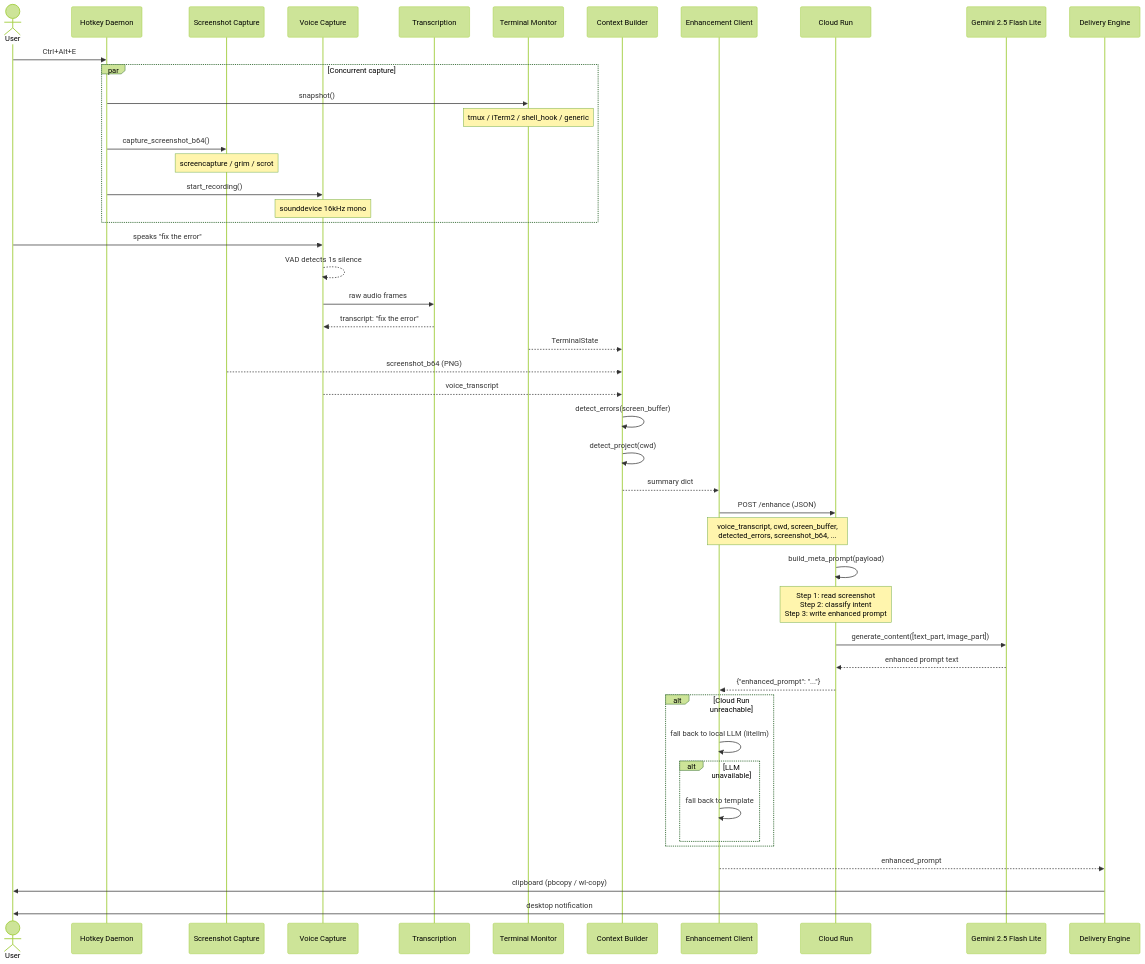
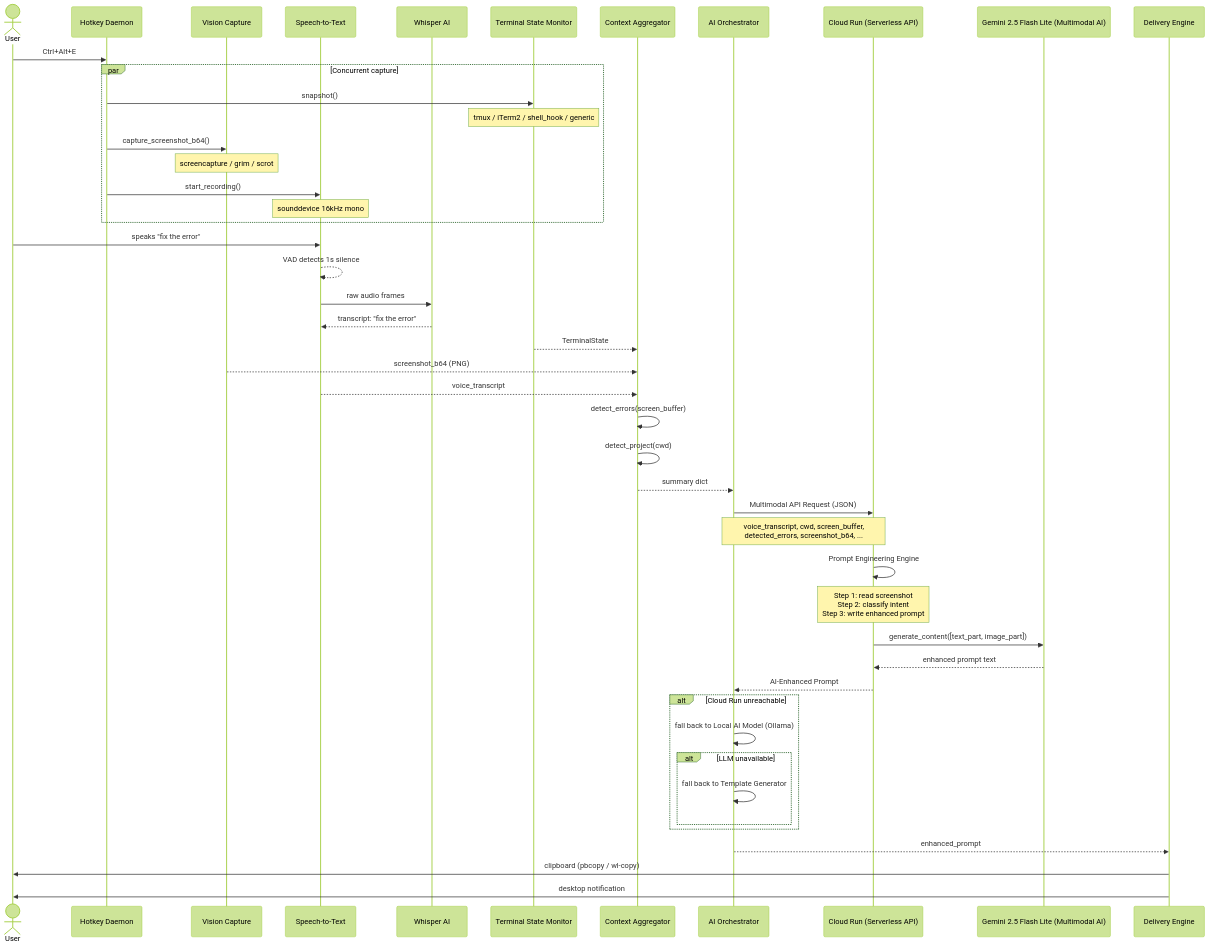
Before and after one commit to VinnyBabuManjaly/PromptShell: the second of 9 diagrams in docs/system_design.md, drawn with Mermaid (forest theme). The commit also changed other lines of this file and 5 other files, not shown here.

First line of the commit message:
Update documentation with enhanced architecture diagrams and improved terminology

````diff
--- a/docs/system_design.md
+++ b/docs/system_design.md
@@ -67,60 +67,60 @@
 ```mermaid
 sequenceDiagram
     actor User
     participant HK as Hotkey Daemon
-    participant SC as Screenshot Capture
-    participant VC as Voice Capture
-    participant TR as Transcription
-    participant TM as Terminal Monitor
-    participant CB as Context Builder
-    participant EC as Enhancement Client
-    participant CR as Cloud Run
-    participant GM as Gemini 2.5 Flash Lite
+    participant SC as Vision Capture
+    participant VC as Speech-to-Text
+    participant TR as Whisper AI
+    participant TM as Terminal State Monitor
+    participant CB as Context Aggregator
+    participant EC as AI Orchestrator
+    participant CR as Cloud Run (Serverless API)
+    participant GM as Gemini 2.5 Flash Lite (Multimodal AI)
     participant DL as Delivery Engine
 
     User->>HK: Ctrl+Alt+E
 
     par Concurrent capture
         HK->>TM: snapshot()
         Note over TM: tmux / iTerm2 / shell_hook / generic
         HK->>SC: capture_screenshot_b64()
         Note over SC: screencapture / grim / scrot
         HK->>VC: start_recording()
         Note over VC: sounddevice 16kHz mono
     end
 
     User->>VC: speaks "fix the error"
     VC-->>VC: VAD detects 1s silence
     VC->>TR: raw audio frames
     TR-->>VC: transcript: "fix the error"
 
     TM-->>CB: TerminalState
     SC-->>CB: screenshot_b64 (PNG)
     VC-->>CB: voice_transcript
 
     CB->>CB: detect_errors(screen_buffer)
     CB->>CB: detect_project(cwd)
     CB-->>EC: summary dict
 
-    EC->>CR: POST /enhance (JSON)
+    EC->>CR: Multimodal API Request (JSON)
     Note over EC,CR: voice_transcript, cwd, screen_buffer,<br/>detected_errors, screenshot_b64, ...
 
-    CR->>CR: build_meta_prompt(payload)
+    CR->>CR: Prompt Engineering Engine
     Note over CR: Step 1: read screenshot<br/>Step 2: classify intent<br/>Step 3: write enhanced prompt
 
     CR->>GM: generate_content([text_part, image_part])
     GM-->>CR: enhanced prompt text
 
-    CR-->>EC: {"enhanced_prompt": "..."}
+    CR-->>EC: AI-Enhanced Prompt
 
     alt Cloud Run unreachable
-        EC->>EC: fall back to local LLM (litellm)
+        EC->>EC: fall back to Local AI Model (Ollama)
         alt LLM unavailable
-            EC->>EC: fall back to template
+            EC->>EC: fall back to Template Generator
         end
     end
 
     EC-->>DL: enhanced_prompt
     DL->>User: clipboard (pbcopy / wl-copy)
     DL->>User: desktop notification
 ```
````
